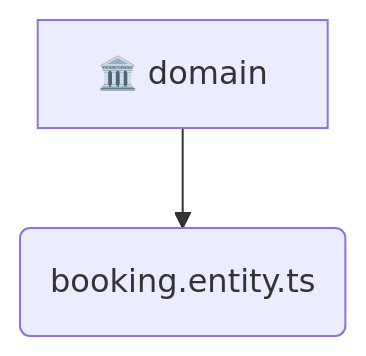
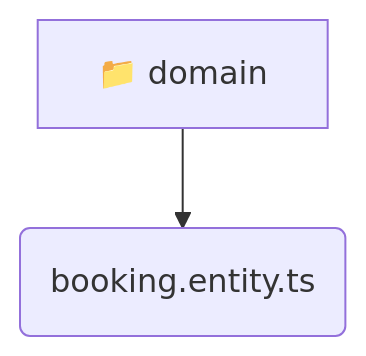
Before and after one commit to beginwebdev2002/fullstack-mavluda: the diagram in backend/src/modules/booking/domain/README.md, drawn with Mermaid. The commit also changed other lines of this file and 155 other files, not shown here.

````diff
--- a/backend/src/modules/booking/domain/README.md
+++ b/backend/src/modules/booking/domain/README.md
@@ -9,5 +9,5 @@
 ```mermaid
 graph TD
-  domain[🏛️ domain]
-  domain --> booking_entity_ts(booking.entity.ts)
+  domain[📁 domain]
+  domain --> domain_booking_entity_ts(booking.entity.ts)
 ```
````
